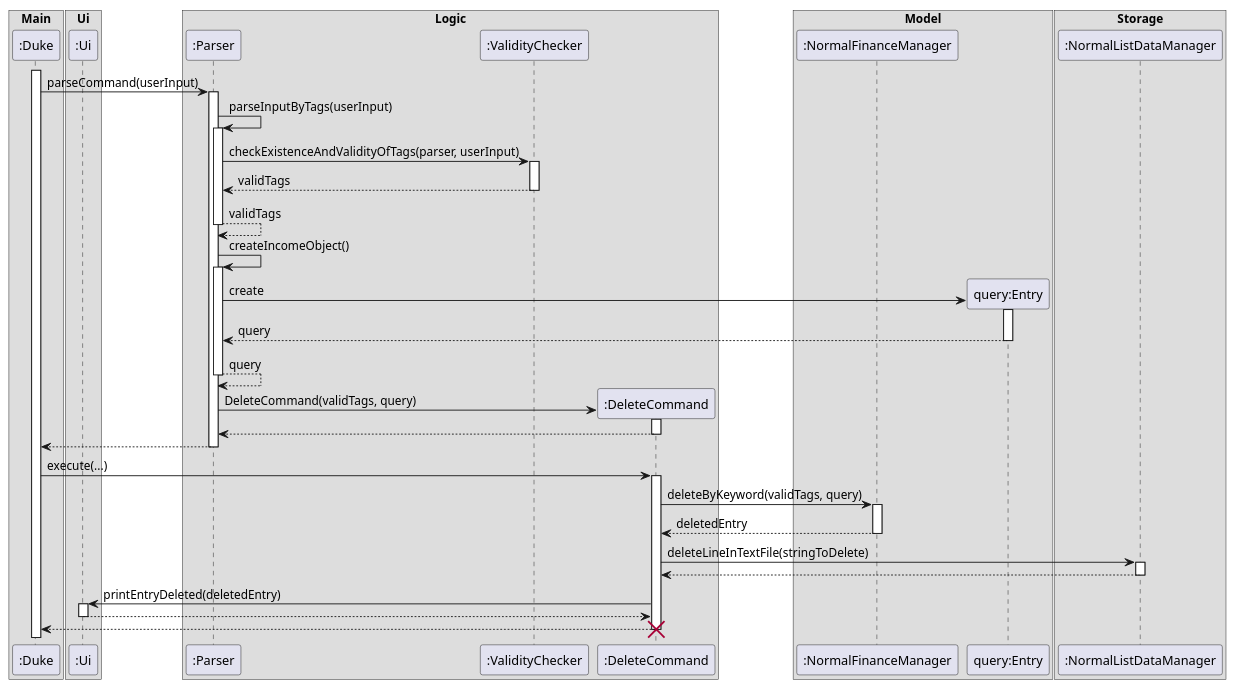
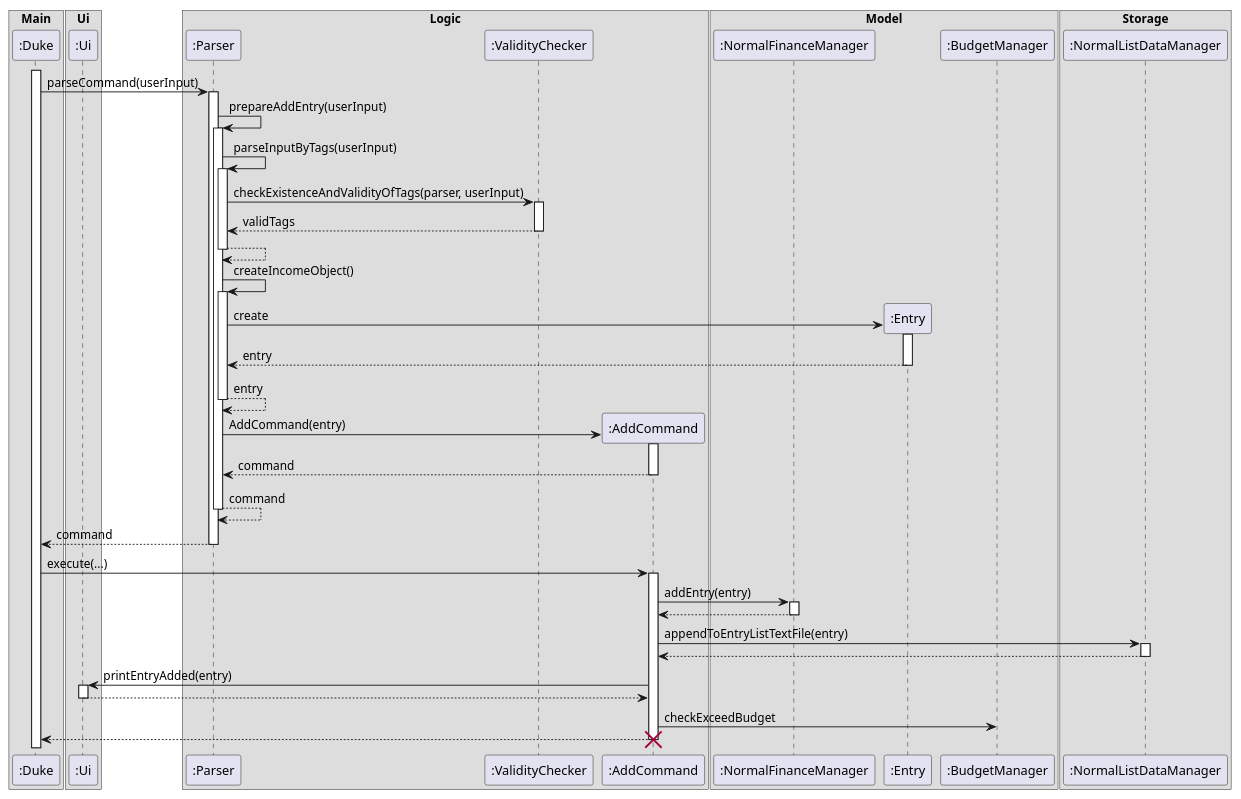
One commit to yanjia1777/tp changed the diagram in docs/diagrams/LogicSequenceDiagram.puml. Above: the diagram before and after it, drawn with PlantUML. The commit also changed 5 other files, not shown here.

```diff
--- a/docs/diagrams/LogicSequenceDiagram.puml
+++ b/docs/diagrams/LogicSequenceDiagram.puml
@@ -1,78 +1,89 @@
 @startuml
 box Main
 Participant ":Duke" as Duke
 end box
 box Ui
 Participant ":Ui" as Ui
 end box
 box Logic
 Participant ":Parser" as Parser
 Participant ":ValidityChecker" as Valid
-Participant ":DeleteCommand" as DeleteCommand
+Participant ":AddCommand" as DeleteCommand
 end box
 
 
 
 box Model
 Participant ":NormalFinanceManager" as NormalFinanceManager
-Participant "query:Entry" as Entry
+Participant ":Entry" as Entry
+Participant ":BudgetManager" as Budget
 end box
 
 box Storage
 Participant ":NormalListDataManager" as NormalListDataManager
 end box
 
 activate Duke
 Duke -> Parser : parseCommand(userInput)
 activate Parser
 
+Parser -> Parser : prepareAddEntry(userInput)
+activate Parser
 Parser -> Parser : parseInputByTags(userInput)
 activate Parser
 Parser -> Valid : checkExistenceAndValidityOfTags(parser, userInput)
 activate Valid
 Valid --> Parser : validTags
 deactivate Valid
 
 
-Parser --> Parser : validTags
+Parser --> Parser
 deactivate Parser
 Parser -> Parser : createIncomeObject()
 
 activate Parser
 create Entry
 
 Parser -> Entry : create
 activate Entry
-Entry --> Parser : query
+Entry --> Parser : entry
 deactivate Entry
-Parser --> Parser : query
+Parser --> Parser : entry
 deactivate Parser
 
 create DeleteCommand
-Parser -> DeleteCommand : DeleteCommand(validTags, query)
+Parser -> DeleteCommand : AddCommand(entry)
 activate DeleteCommand
-DeleteCommand --> Parser
+DeleteCommand --> Parser : command
 deactivate DeleteCommand
-Parser --> Duke
+Parser --> Parser : command
+deactivate Parser
+Parser --> Duke : command
+
 deactivate Parser
 
 Duke -> DeleteCommand : execute(...)
+
 activate DeleteCommand
-DeleteCommand -> NormalFinanceManager : deleteByKeyword(validTags, query)
+DeleteCommand -> NormalFinanceManager : addEntry(entry)
 activate NormalFinanceManager
-NormalFinanceManager --> DeleteCommand : deletedEntry
+NormalFinanceManager --> DeleteCommand
 deactivate NormalFinanceManager
-DeleteCommand -> NormalListDataManager : deleteLineInTextFile(stringToDelete)
+
+DeleteCommand -> NormalListDataManager : appendToEntryListTextFile(entry)
 activate NormalListDataManager
 NormalListDataManager --> DeleteCommand
 deactivate NormalListDataManager
 
 
-DeleteCommand -> Ui : printEntryDeleted(deletedEntry)
+DeleteCommand -> Ui : printEntryAdded(entry)
+
 activate Ui
 Ui --> DeleteCommand
 deactivate Ui
+DeleteCommand -> Budget : checkExceedBudget
+
 DeleteCommand --> Duke
 deactivate DeleteCommand
 destroy DeleteCommand
 @enduml
```
